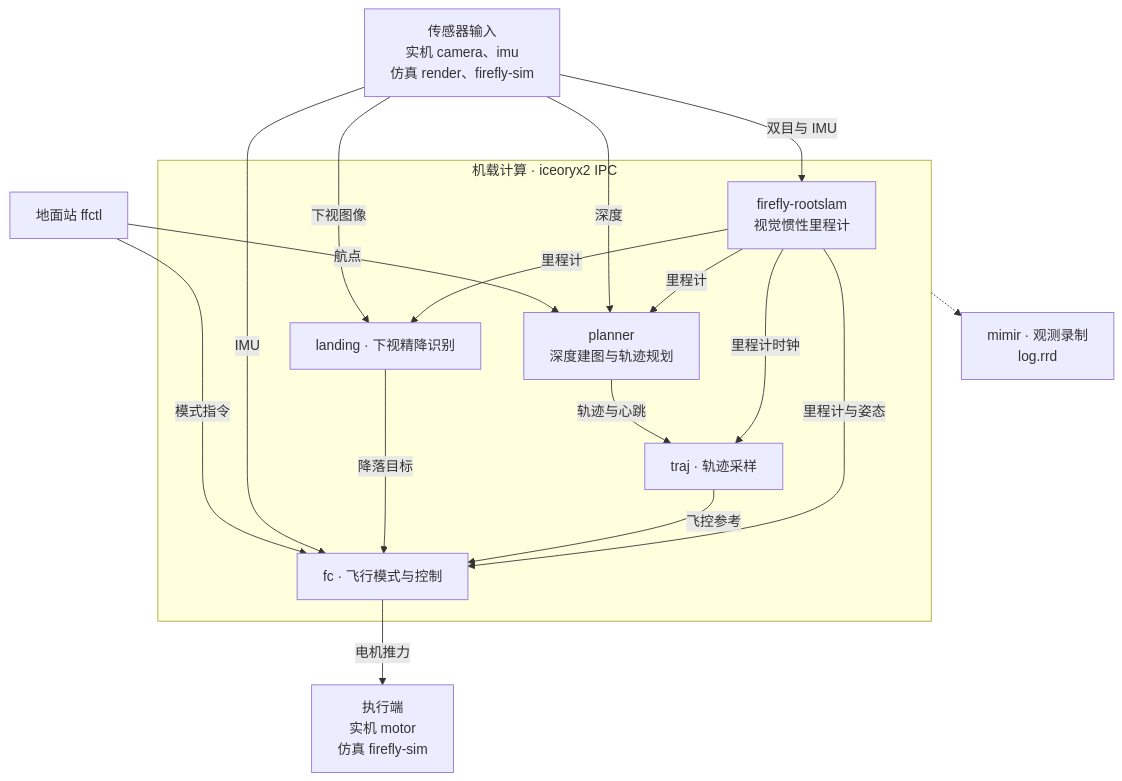
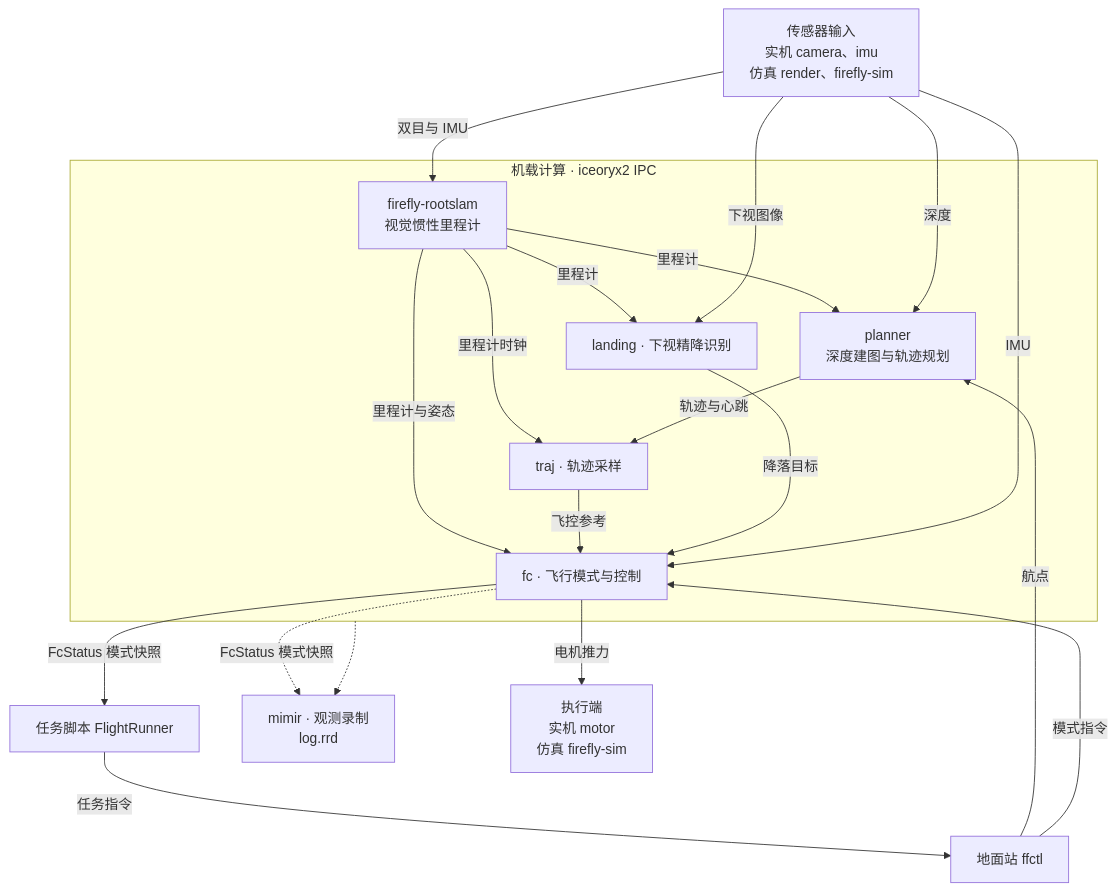
Before and after one commit to 3SE-Competitive-Robotics-Team/firefly: the diagram in docs/architecture.md, drawn with Mermaid. The commit also changed 15 other files, not shown here.

````diff
--- a/docs/architecture.md
+++ b/docs/architecture.md
@@ -3,37 +3,41 @@
 ```mermaid
 flowchart TB
     sensors["`传感器输入
 实机 camera、imu
 仿真 render、firefly-sim`"]
     operator["地面站 ffctl"]
+    task["任务脚本 FlightRunner"]
 
     subgraph flight["机载计算 · iceoryx2 IPC"]
         vio["`firefly-rootslam
 视觉惯性里程计`"]
         landing["landing · 下视精降识别"]
         planner["`planner
 深度建图与轨迹规划`"]
         traj["traj · 轨迹采样"]
         fc["fc · 飞行模式与控制"]
 
         vio -->|里程计| planner
         vio -->|里程计| landing
         vio -->|里程计时钟| traj
         vio -->|里程计与姿态| fc
         planner -->|轨迹与心跳| traj
         traj -->|飞控参考| fc
         landing -->|降落目标| fc
     end
 
     sensors -->|双目与 IMU| vio
     sensors -->|深度| planner
     sensors -->|下视图像| landing
     sensors -->|IMU| fc
     operator -->|航点| planner
+    task -->|任务指令| operator
+    fc -->|FcStatus 模式快照| task
+    fc -.->|FcStatus 模式快照| mimir
     operator -->|模式指令| fc
     fc -->|电机推力| actuators["`执行端
 实机 motor
 仿真 firefly-sim`"]
     flight -.-> mimir["`mimir · 观测录制
 log.rrd`"]
 ```
````
